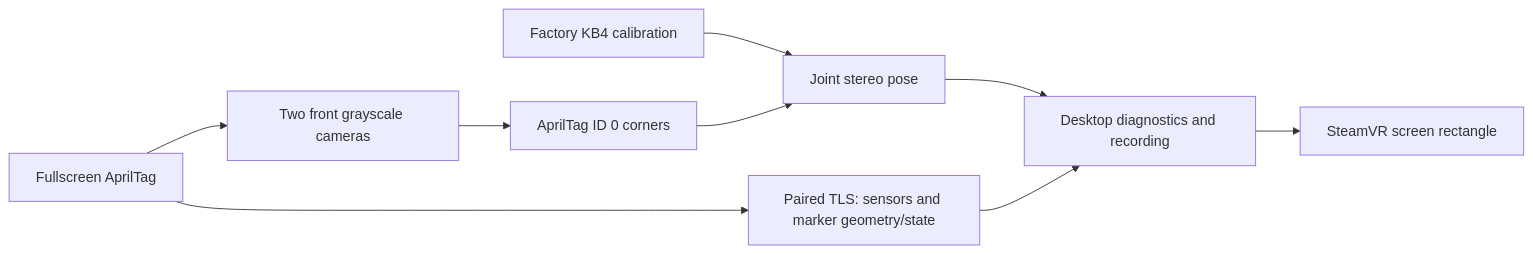
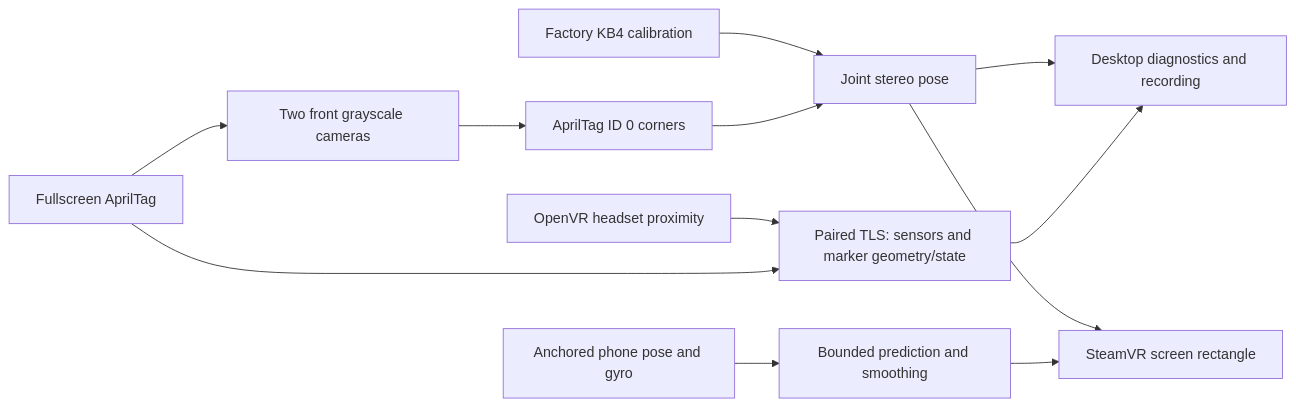
The diagram in frame/docs/ARCHITECTURE.md (MarkEScheidker/FramePhone), drawn with Mermaid before and after one commit. The commit also changed other lines of this file and 24 other files, not shown here.

````diff
--- a/frame/docs/ARCHITECTURE.md
+++ b/frame/docs/ARCHITECTURE.md
@@ -7,11 +9,14 @@
 ```mermaid
 flowchart LR
     Phone[Fullscreen AprilTag] --> Cameras[Two front grayscale cameras]
     Cameras --> Tags[AprilTag ID 0 corners]
     Calibration[Factory KB4 calibration] --> Pose[Joint stereo pose]
     Tags --> Pose
     Pose --> UI[Desktop diagnostics and recording]
-    UI --> VR[SteamVR screen rectangle]
+    Pose --> VR[SteamVR screen rectangle]
+    ARCore[Anchored phone pose and gyro] --> Predict[Bounded prediction and smoothing]
+    Predict --> VR
+    Wearer[OpenVR headset proximity] --> TLS
     Phone --> TLS[Paired TLS: sensors and marker geometry/state]
     TLS --> UI
 ```
````
